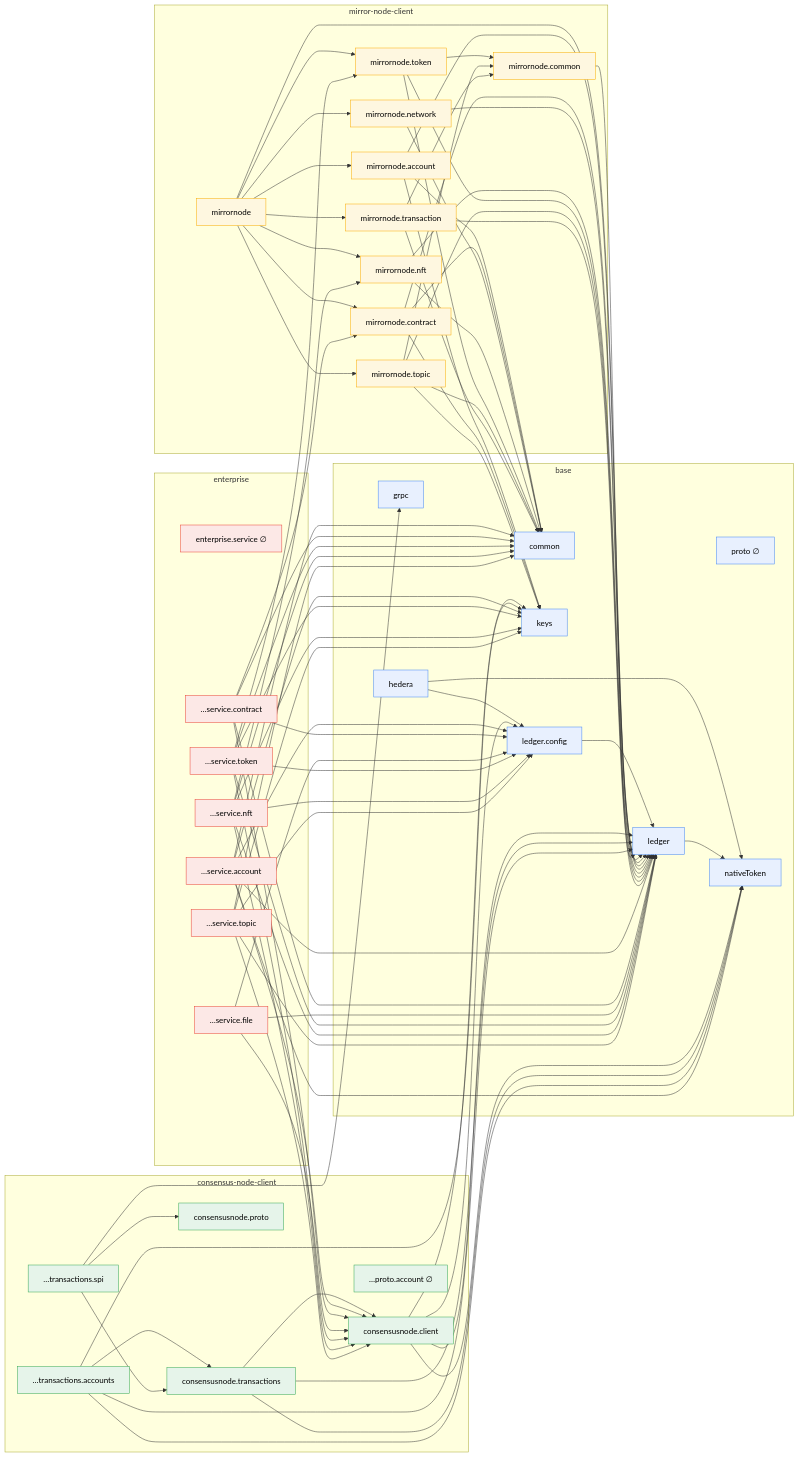
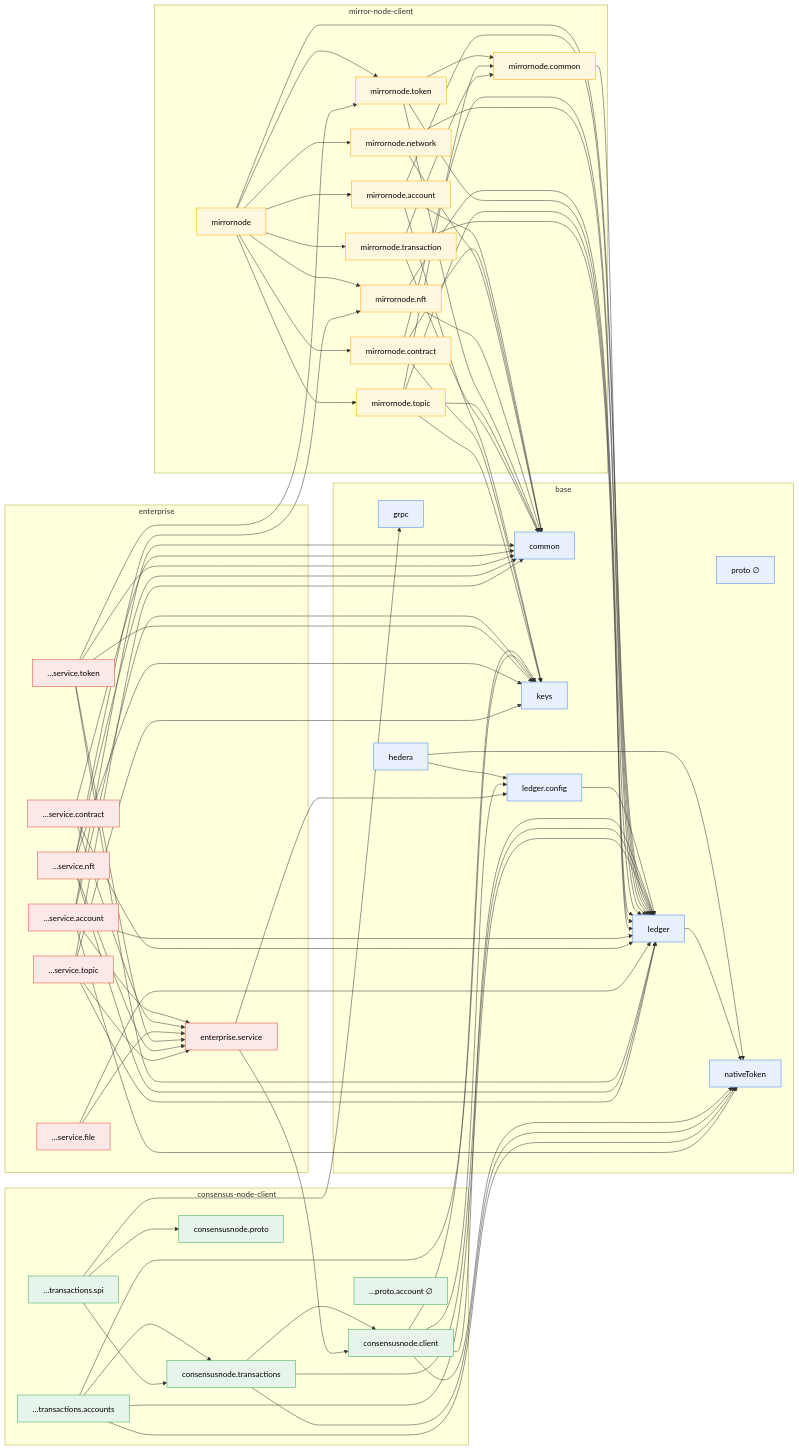
The second of 2 diagrams in spec/dependencies.md (hendrikebbers/hiero-sdk-v3-prototyping), drawn with Mermaid before and after one commit. The commit also changed other lines of this file and 7 other files, not shown here.

Commit message:
Refactor enterprise service to use Session for service creation and dependency management (Read-after-Write problem)

```diff
--- a/spec/dependencies.md
+++ b/spec/dependencies.md
@@ -67,7 +67,7 @@
     end
 
     subgraph enterprise["enterprise"]
-        ent_service["enterprise.service ∅"]
+        ent_service["enterprise.service"]
         ent_account["…service.account"]
         ent_contract["…service.contract"]
         ent_file["…service.file"]
@@ -130,37 +130,32 @@
     mn_transaction --> common
 
     %% enterprise
+    ent_service --> ledger_config
+    ent_service --> cn_client
     ent_account --> common
     ent_account --> ledger
-    ent_account --> ledger_config
     ent_account --> keys
     ent_account --> nativeToken
-    ent_account --> cn_client
+    ent_account --> ent_service
     ent_contract --> common
     ent_contract --> ledger
-    ent_contract --> ledger_config
-    ent_contract --> cn_client
-    ent_contract --> mn_contract
+    ent_contract --> ent_service
     ent_file --> ledger
-    ent_file --> ledger_config
-    ent_file --> cn_client
+    ent_file --> ent_service
     ent_token --> common
     ent_token --> ledger
-    ent_token --> ledger_config
     ent_token --> keys
-    ent_token --> cn_client
     ent_token --> mn_token
+    ent_token --> ent_service
     ent_nft --> common
     ent_nft --> ledger
-    ent_nft --> ledger_config
     ent_nft --> keys
-    ent_nft --> cn_client
     ent_nft --> mn_nft
+    ent_nft --> ent_service
     ent_topic --> common
     ent_topic --> ledger
-    ent_topic --> ledger_config
     ent_topic --> keys
-    ent_topic --> cn_client
+    ent_topic --> ent_service
 
     classDef base fill:#e8f0fe,stroke:#4285f4,color:#000;
     classDef consensus fill:#e6f4ea,stroke:#34a853,color:#000;
```
